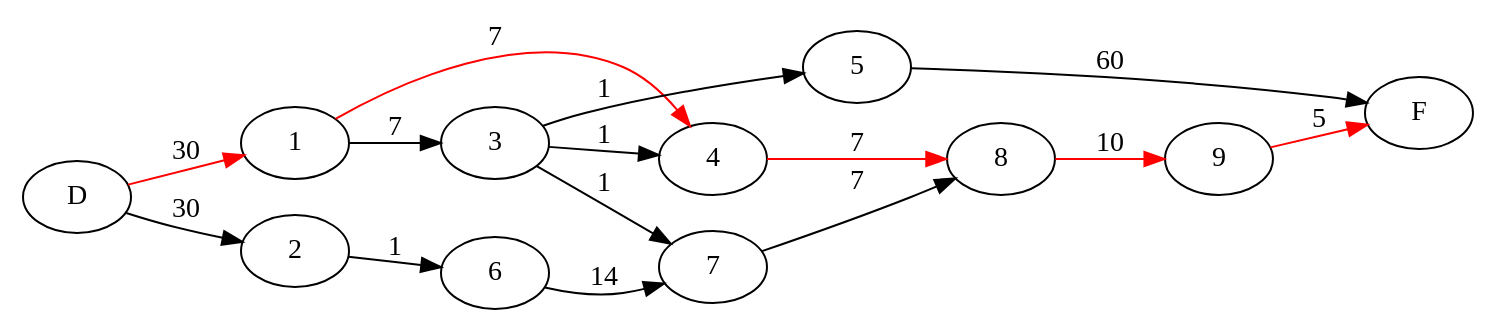
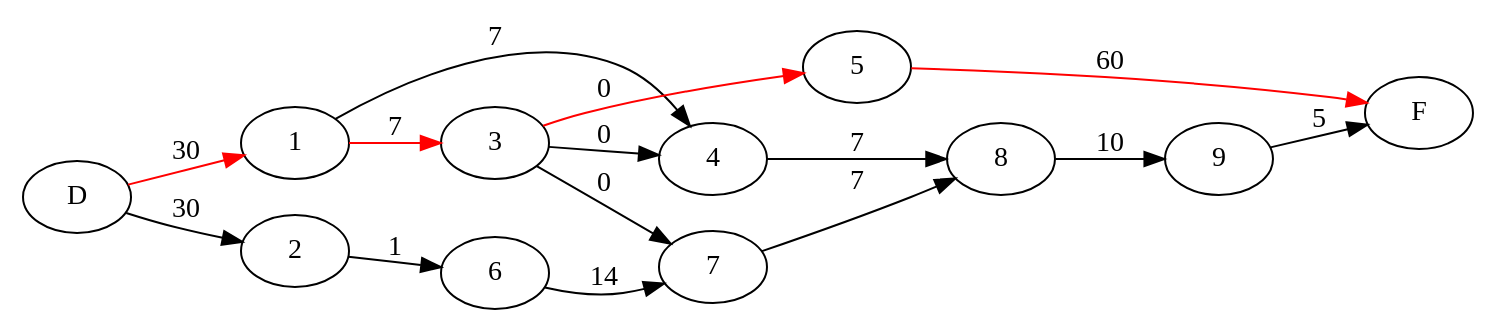
The diagram in Analyses/Historique_test_cool/Analyse_Initiale/Analyse_Initiale-dot2tex-fig1.dot (Malik-Hacini/Projet-Graphes), drawn with Graphviz before and after one commit. The commit also changed 15 other files, not shown here.

```diff
--- a/Analyses/Historique_test_cool/Analyse_Initiale/Analyse_Initiale-dot2tex-fig1.dot
+++ b/Analyses/Historique_test_cool/Analyse_Initiale/Analyse_Initiale-dot2tex-fig1.dot
@@ -1,18 +1,18 @@
 
     digraph G{
    rankdir=LR
    D -> 2 [label="30"];
    D -> 1 [label="30" color="red"];
-   1 -> 3 [label="7"];
-   1 -> 4 [label="7" color="red"];
+   1 -> 3 [label="7" color="red"];
+   1 -> 4 [label="7"];
    2 -> 6 [label="1"];
-   3 -> 4 [label="1"];
-   3 -> 5 [label="1"];
-   3 -> 7 [label="1"];
-   4 -> 8 [label="7" color="red"];
-   5 -> F [label="60"];
+   3 -> 5 [label="0" color="red"];
+   3 -> 7 [label="0"];
+   3 -> 4 [label="0"];
+   4 -> 8 [label="7"];
+   5 -> F [label="60" color="red"];
    6 -> 7 [label="14"];
    7 -> 8 [label="7"];
-   8 -> 9 [label="10" color="red"];
-   9 -> F [label="5" color="red"];
+   8 -> 9 [label="10"];
+   9 -> F [label="5"];
    }
```
